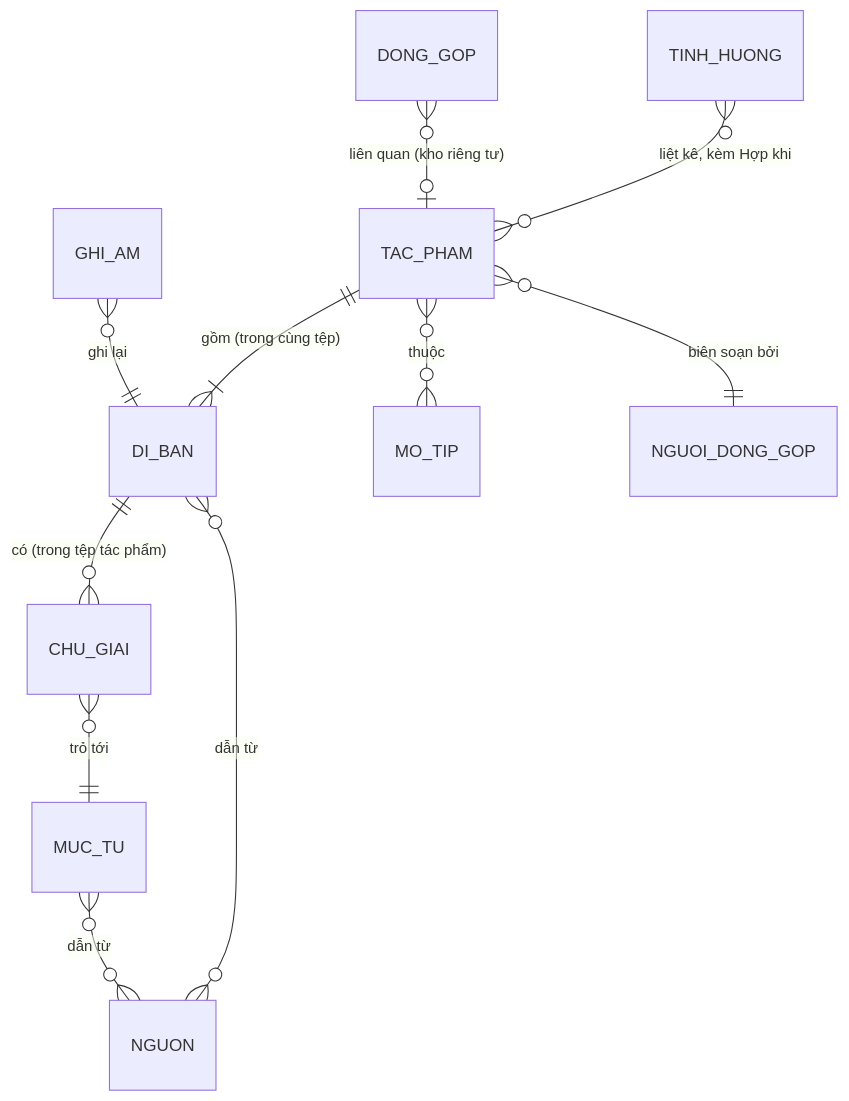
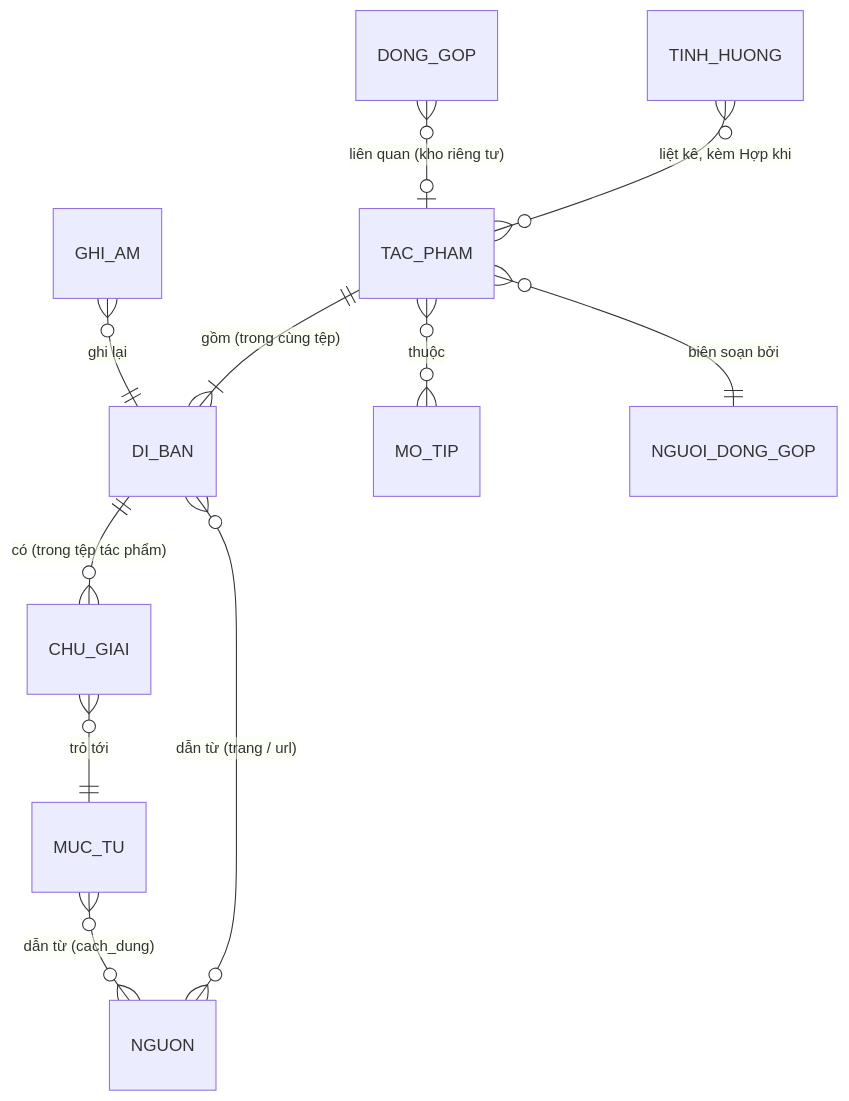
The diagram in docs/10-dac-ta-du-lieu.md (truonganhquyen/ca-dao), drawn with Mermaid before and after one commit. The commit also changed other lines of this file and 239 other files, not shown here.

````diff
--- a/docs/10-dac-ta-du-lieu.md
+++ b/docs/10-dac-ta-du-lieu.md
@@ -25,13 +27,13 @@
 ```mermaid
 erDiagram
   TAC_PHAM ||--|{ DI_BAN : "gồm (trong cùng tệp)"
   DI_BAN ||--o{ CHU_GIAI : "có (trong tệp tác phẩm)"
   CHU_GIAI }o--|| MUC_TU : "trỏ tới"
   TAC_PHAM }o--o{ MO_TIP : "thuộc"
   TINH_HUONG }o--o{ TAC_PHAM : "liệt kê, kèm Hợp khi"
-  DI_BAN }o--o{ NGUON : "dẫn từ"
-  MUC_TU }o--o{ NGUON : "dẫn từ"
+  DI_BAN }o--o{ NGUON : "dẫn từ (trang / url)"
+  MUC_TU }o--o{ NGUON : "dẫn từ (cach_dung)"
   GHI_AM }o--|| DI_BAN : "ghi lại"
   TAC_PHAM }o--|| NGUOI_DONG_GOP : "biên soạn bởi"
   DONG_GOP }o--o| TAC_PHAM : "liên quan (kho riêng tư)"
 ```
````
